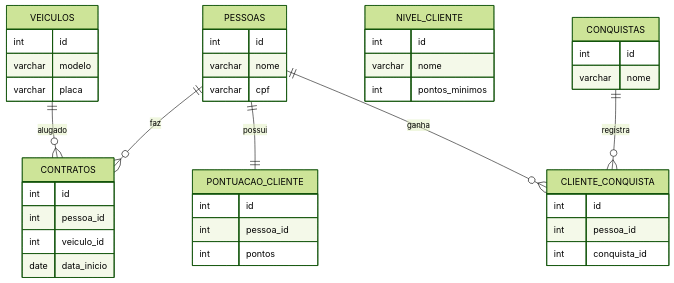
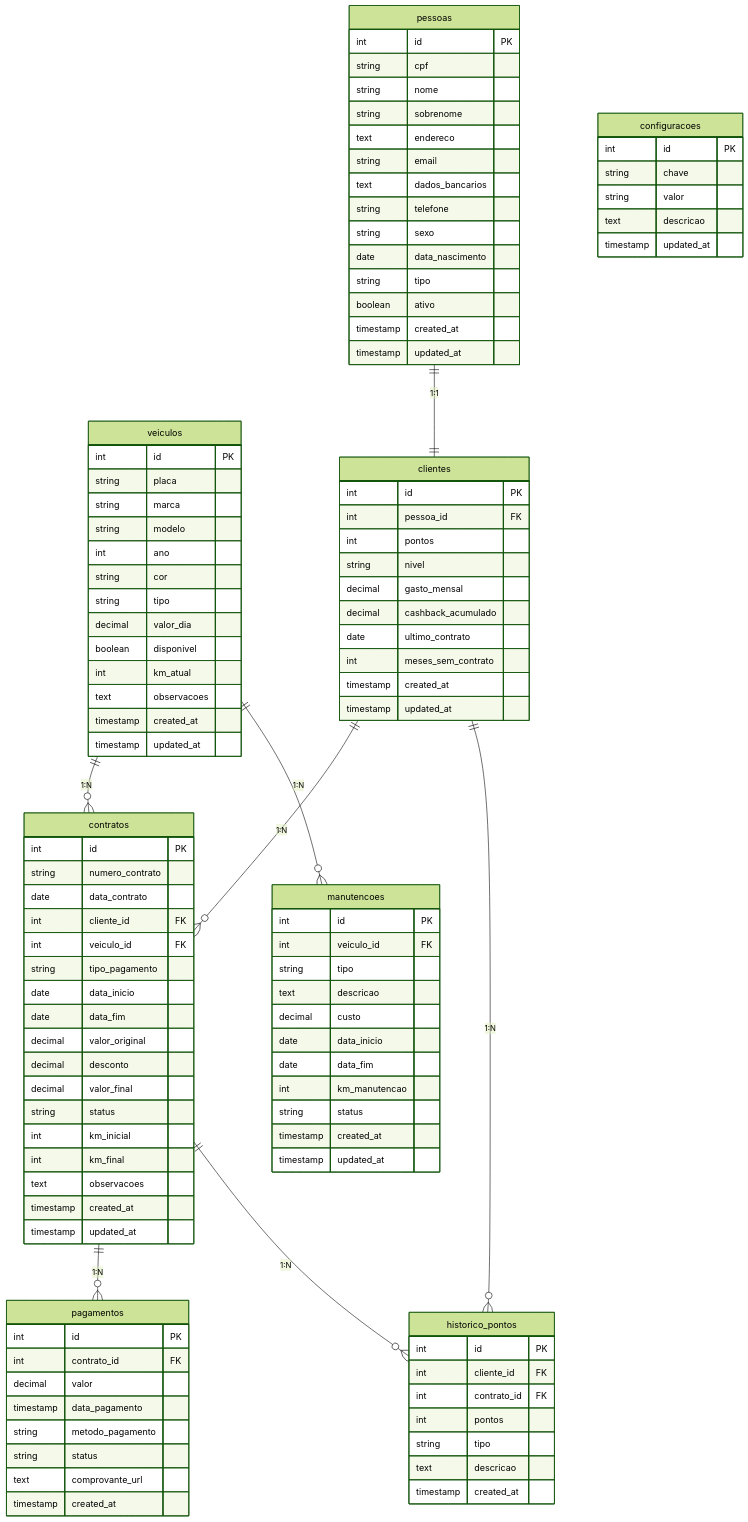
The second of 2 diagrams in README.md (Xandy66/Projeto-Banco-Aluguel-Carros), drawn with Mermaid (forest theme) before and after one commit.

````diff
--- a/README.md
+++ b/README.md
@@ -101,53 +101,122 @@
 ```mermaid
 erDiagram
 
-PESSOAS {
-    int id
-    varchar nome
-    varchar cpf
-}
+    veiculos {
+        int id PK
+        string placa
+        string marca
+        string modelo
+        int ano
+        string cor
+        string tipo 
+        decimal valor_dia
+        boolean disponivel
+        int km_atual
+        text observacoes
+        timestamp created_at
+        timestamp updated_at
+    }
 
-VEICULOS {
-    int id
-    varchar modelo
-    varchar placa
-}
+    pessoas {
+        int id PK
+        string cpf
+        string nome
+        string sobrenome
+        text endereco
+        string email
+        text dados_bancarios
+        string telefone
+        string sexo
+        date data_nascimento
+        string tipo
+        boolean ativo
+        timestamp created_at
+        timestamp updated_at
+    }
 
-CONTRATOS {
-    int id
-    int pessoa_id
-    int veiculo_id
-    date data_inicio
-}
+    clientes {
+        int id PK
+        int pessoa_id FK
+        int pontos
+        string nivel
+        decimal gasto_mensal
+        decimal cashback_acumulado
+        date ultimo_contrato
+        int meses_sem_contrato
+        timestamp created_at
+        timestamp updated_at
+    }
 
-PONTUACAO_CLIENTE {
-    int id
-    int pessoa_id
-    int pontos
-}
+    contratos {
+        int id PK
+        string numero_contrato
+        date data_contrato
+        int cliente_id FK
+        int veiculo_id FK
+        string tipo_pagamento
+        date data_inicio
+        date data_fim
+        decimal valor_original
+        decimal desconto
+        decimal valor_final
+        string status
+        int km_inicial
+        int km_final
+        text observacoes
+        timestamp created_at
+        timestamp updated_at
+    }
 
-NIVEL_CLIENTE {
-    int id
-    varchar nome
-    int pontos_minimos
-}
+    pagamentos {
+        int id PK
+        int contrato_id FK
+        decimal valor
+        timestamp data_pagamento
+        string metodo_pagamento
+        string status
+        text comprovante_url
+        timestamp created_at
+    }
 
-CONQUISTAS {
-    int id
-    varchar nome
-}
+    historico_pontos {
+        int id PK
+        int cliente_id FK
+        int contrato_id FK
+        int pontos
+        string tipo
+        text descricao
+        timestamp created_at
+    }
 
-CLIENTE_CONQUISTA {
-    int id
-    int pessoa_id
-    int conquista_id
-}
+    manutencoes {
+        int id PK
+        int veiculo_id FK
+        string tipo
+        text descricao
+        decimal custo
+        date data_inicio
+        date data_fim
+        int km_manutencao
+        string status
+        timestamp created_at
+        timestamp updated_at
+    }
 
-PESSOAS ||--o{ CONTRATOS : faz
-VEICULOS ||--o{ CONTRATOS : alugado
+    configuracoes {
+        int id PK
+        string chave
+        string valor
+        text descricao
+        timestamp updated_at
+    }
 
-PESSOAS ||--|| PONTUACAO_CLIENTE : possui
-PESSOAS ||--o{ CLIENTE_CONQUISTA : ganha
+    %% RELACIONAMENTOS
 
-CONQUISTAS ||--o{ CLIENTE_CONQUISTA : registra
+    pessoas ||--|| clientes : "1:1"
+    clientes ||--o{ contratos : "1:N"
+    veiculos ||--o{ contratos : "1:N"
+    contratos ||--o{ pagamentos : "1:N"
+    clientes ||--o{ historico_pontos : "1:N"
+    contratos ||--o{ historico_pontos : "1:N"
+    veiculos ||--o{ manutencoes : "1:N"
 ```
````
